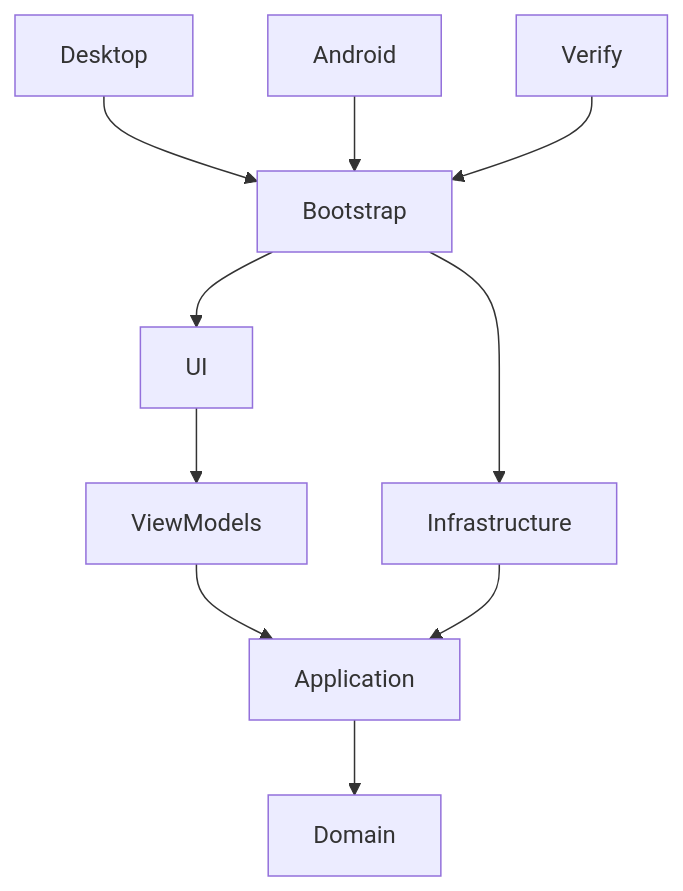
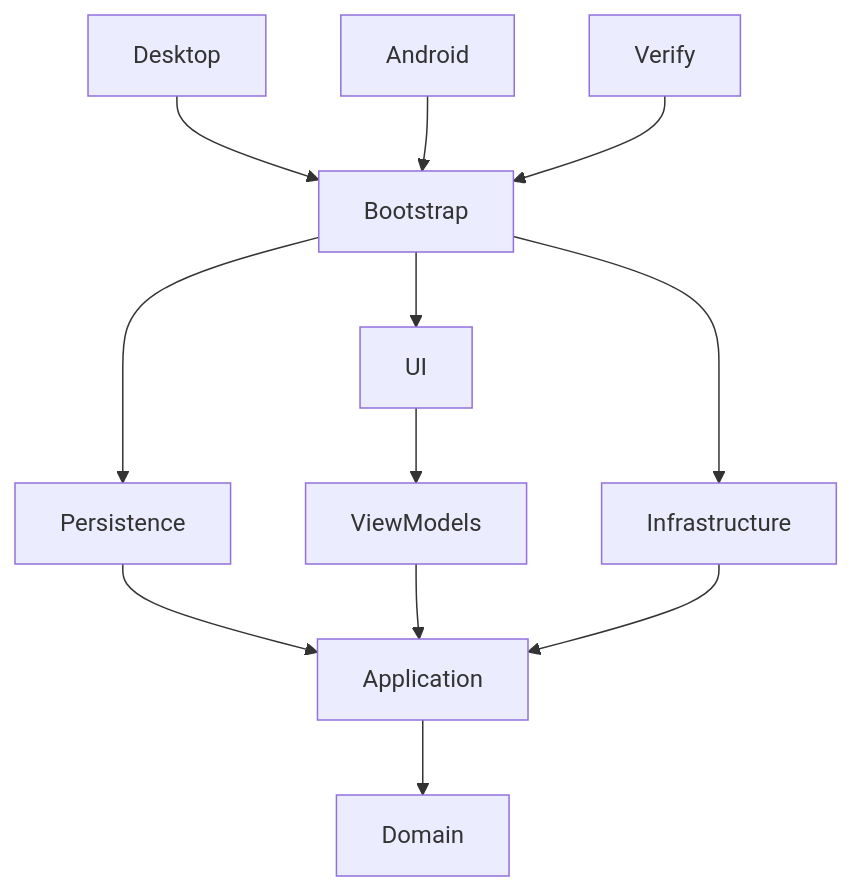
Before and after one commit to Volodya1000/maps: the diagram in docs/architecture.md, drawn with Mermaid. The commit also changed other lines of this file and 69 other files, not shown here.

````diff
--- a/docs/architecture.md
+++ b/docs/architecture.md
@@ -3,12 +3,14 @@
 ```mermaid
 graph TD
  Desktop --> Bootstrap
  Android --> Bootstrap
  Verify --> Bootstrap
  Bootstrap --> UI
  Bootstrap --> Infrastructure
+ Bootstrap --> Persistence
+ Persistence --> Application
  UI --> ViewModels
  ViewModels --> Application
  Infrastructure --> Application
  Application --> Domain
 ```
````
